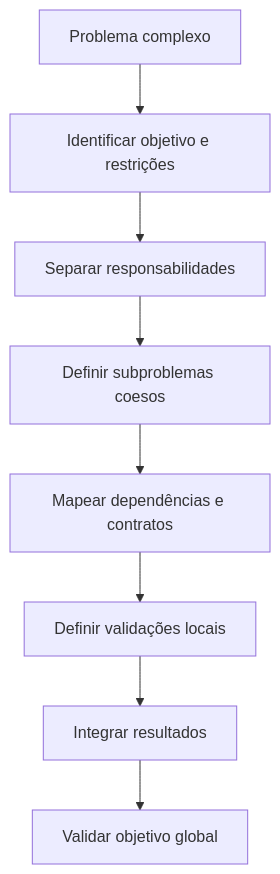
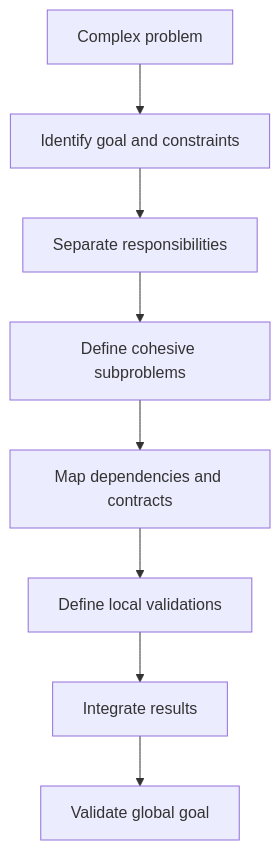
Before and after one commit to rpelizza/PelizzAI: the first of 6 diagrams in .claude/skills/pelizzai-reasoning/techniques/structured-decomposition.md, drawn with Mermaid. The commit also changed other lines of this file and 362 other files, not shown here.

````diff
--- a/.claude/skills/pelizzai-reasoning/techniques/structured-decomposition.md
+++ b/.claude/skills/pelizzai-reasoning/techniques/structured-decomposition.md
@@ -29,10 +29,10 @@
 ```mermaid
 flowchart TD
-    A[Problema complexo] --> B[Identificar objetivo e restrições]
-    B --> C[Separar responsabilidades]
-    C --> D[Definir subproblemas coesos]
-    D --> E[Mapear dependências e contratos]
-    E --> F[Definir validações locais]
-    F --> G[Integrar resultados]
-    G --> H[Validar objetivo global]
+    A[Complex problem] --> B[Identify goal and constraints]
+    B --> C[Separate responsibilities]
+    C --> D[Define cohesive subproblems]
+    D --> E[Map dependencies and contracts]
+    E --> F[Define local validations]
+    F --> G[Integrate results]
+    G --> H[Validate global goal]
 ```
````
